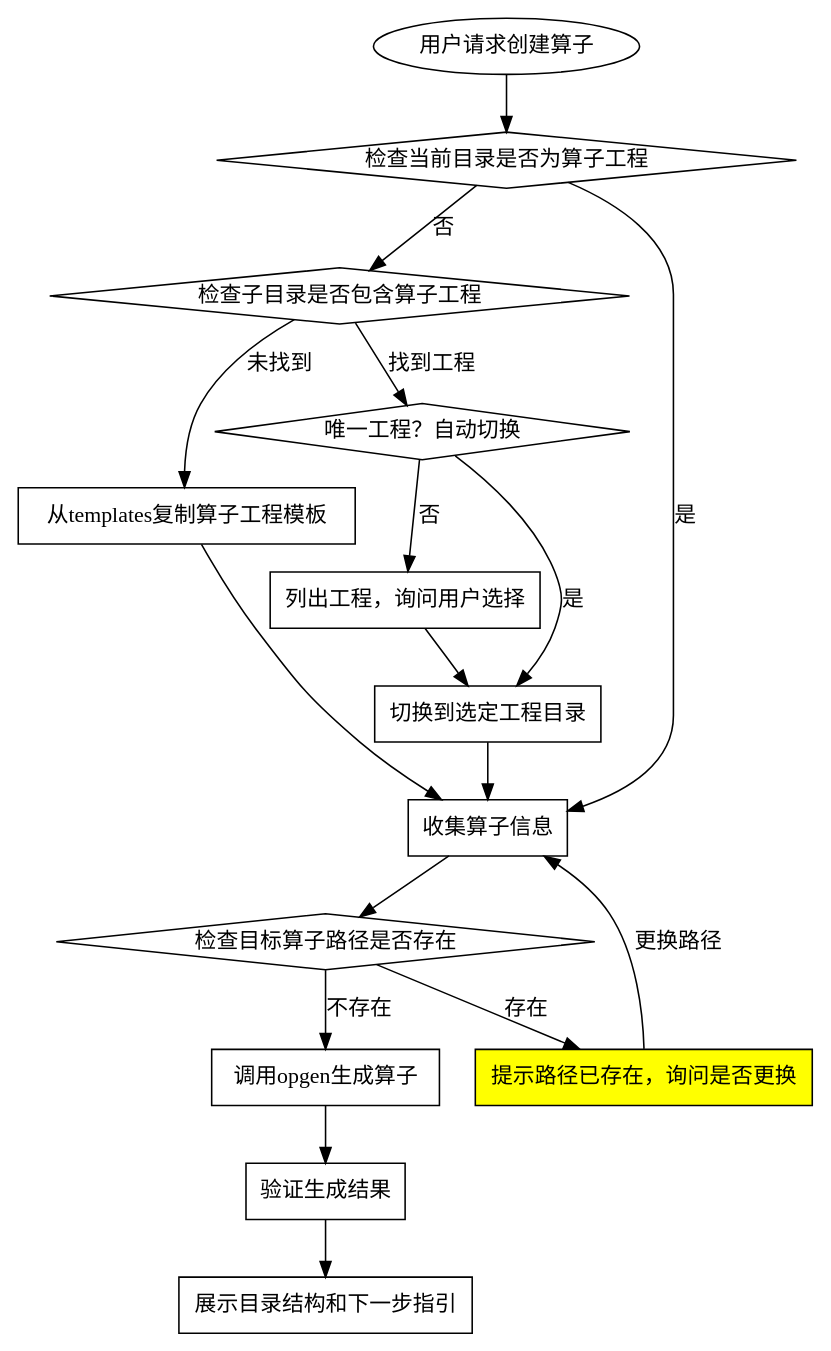
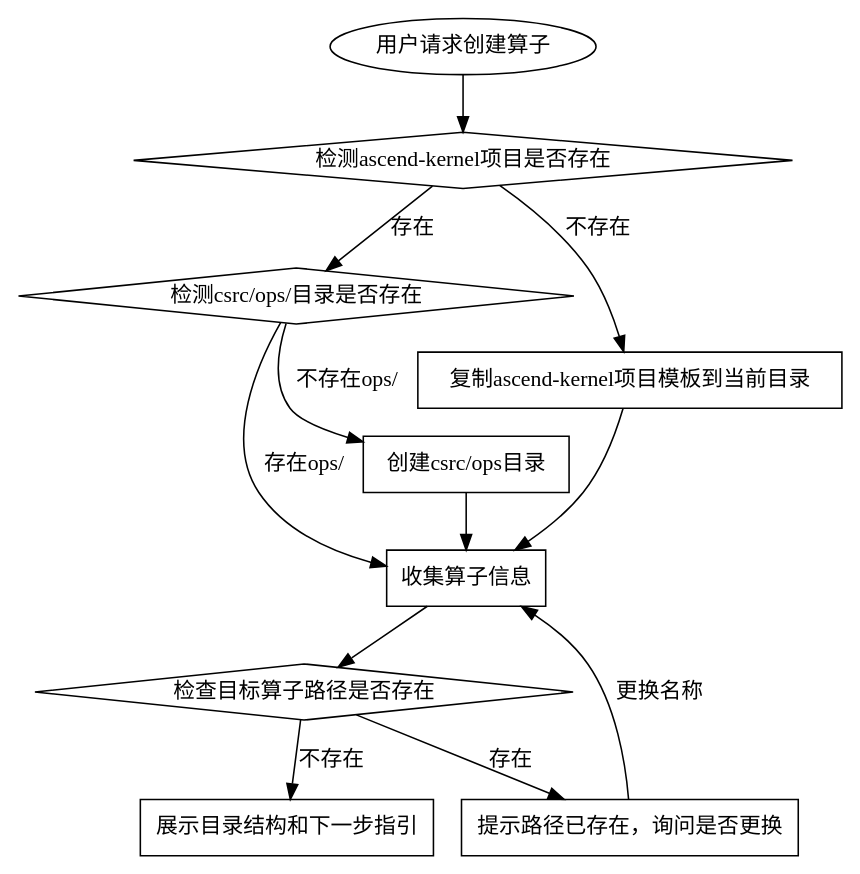
The diagram in skills/ascendc-operator-project-init/SKILL.md (Ascend/agent-skills), drawn with Graphviz before and after one commit. The commit also changed other lines of this file and 489 other files, not shown here.

````diff
--- a/skills/ascendc-operator-project-init/SKILL.md
+++ b/skills/ascendc-operator-project-init/SKILL.md
@@ -22,37 +23,28 @@
 ```dot
 digraph project_init {
     rankdir=TB;
     node [shape=box];
 
     start [label="用户请求创建算子" shape=ellipse];
-    check_current [label="检查当前目录是否为算子工程" shape=diamond];
-    check_subdir [label="检查子目录是否包含算子工程" shape=diamond];
-    single_project [label="唯一工程？自动切换" shape=diamond];
-    multi_project [label="列出工程，询问用户选择"];
-    use_project [label="切换到选定工程目录"];
-    copy_template [label="从templates复制算子工程模板"];
+    detect_ascend_kernel [label="检测ascend-kernel项目是否存在" shape=diamond];
+    detect_ops [label="检测csrc/ops/目录是否存在" shape=diamond];
+    copy_template [label="复制ascend-kernel项目模板到当前目录"];
+    create_ops_dir [label="创建csrc/ops目录"];
     collect [label="收集算子信息"];
     check_path [label="检查目标算子路径是否存在" shape=diamond];
-    show_exists [label="提示路径已存在，询问是否更换" shape=box style=filled fillcolor=yellow];
-    gen_project [label="调用opgen生成算子"];
-    verify [label="验证生成结果"];
+    show_exists [label="提示路径已存在，询问是否更换"];
     show_result [label="展示目录结构和下一步指引"];
 
-    start -> check_current;
-    check_current -> collect [label="是"];
-    check_current -> check_subdir [label="否"];
-    check_subdir -> single_project [label="找到工程"];
-    check_subdir -> copy_template [label="未找到"];
-    single_project -> use_project [label="是"];
-    single_project -> multi_project [label="否"];
-    multi_project -> use_project;
-    use_project -> collect;
+    start -> detect_ascend_kernel;
+    detect_ascend_kernel -> detect_ops [label="存在"];
+    detect_ascend_kernel -> copy_template [label="不存在"];
     copy_template -> collect;
+    detect_ops -> collect [label="存在ops/"];
+    detect_ops -> create_ops_dir [label="不存在ops/"];
+    create_ops_dir -> collect;
     collect -> check_path;
     check_path -> show_exists [label="存在"];
-    show_exists -> collect [label="更换路径"];
-    check_path -> gen_project [label="不存在"];
-    gen_project -> verify;
-    verify -> show_result;
+    show_exists -> collect [label="更换名称"];
+    check_path -> show_result [label="不存在"];
 }
 ```
````
